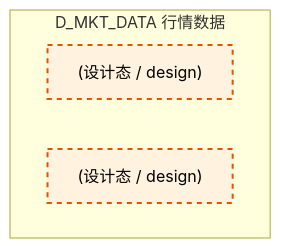
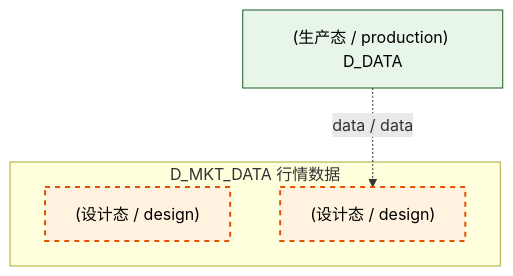
The second of 4 diagrams in docs/02_enterprise_architecture/02_domain_architecture_docs/20_d_mkt_data.md (xuanFelixVan/ZephyrAlpha), drawn with Mermaid before and after one commit. The commit also changed other lines of this file and 101 other files, not shown here.

````diff
--- a/docs/02_enterprise_architecture/02_domain_architecture_docs/20_d_mkt_data.md
+++ b/docs/02_enterprise_architecture/02_domain_architecture_docs/20_d_mkt_data.md
@@ -104,12 +106,15 @@
 ```mermaid
 graph TD
     subgraph D_MKT_DATA["D_MKT_DATA 行情数据"]
         docs_03_modules_cross_layer_database_sub_blueprints_c1_market_clickhouse_md["(设计态 / design) "]
         docs_03_modules_domain_data_data_source_operation_manual_md["(设计态 / design) "]
     end
+    D_DATA["(生产态 / production) D_DATA"]
+    D_DATA -.->|data / data| docs_03_modules_domain_data_data_source_operation_manual_md
     classDef production fill:#e1f5fe,stroke:#01579b,stroke-width:2px,color:#000
     classDef design fill:#fff3e0,stroke:#e65100,stroke-width:2px,color:#000,stroke-dasharray: 5 5
     classDef external_prod fill:#e8f5e9,stroke:#1b5e20,stroke-width:1px,color:#000
     classDef external_design fill:#fce4ec,stroke:#880e4f,stroke-width:1px,color:#000,stroke-dasharray: 5 5
     class docs_03_modules_cross_layer_database_sub_blueprints_c1_market_clickhouse_md,docs_03_modules_domain_data_data_source_operation_manual_md design
+    class D_DATA external_prod
 ```
````
